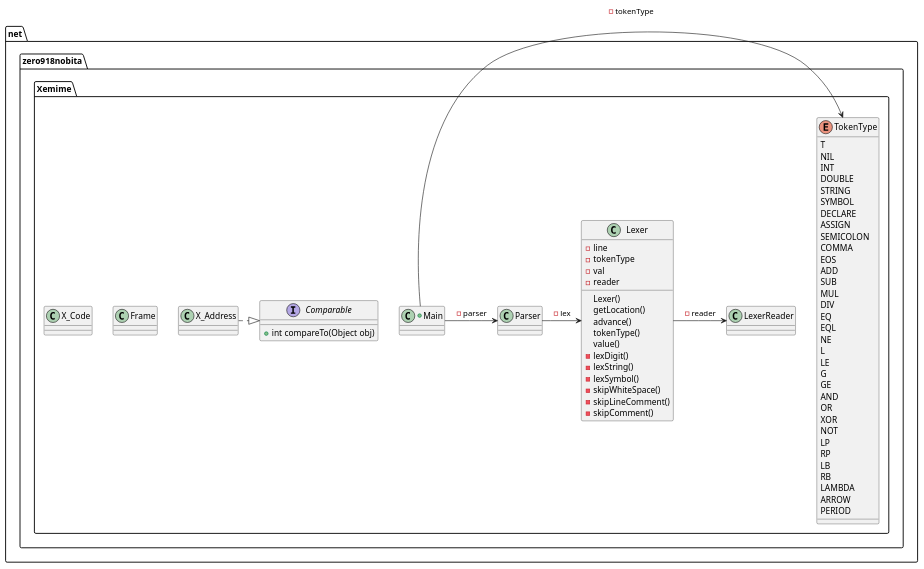
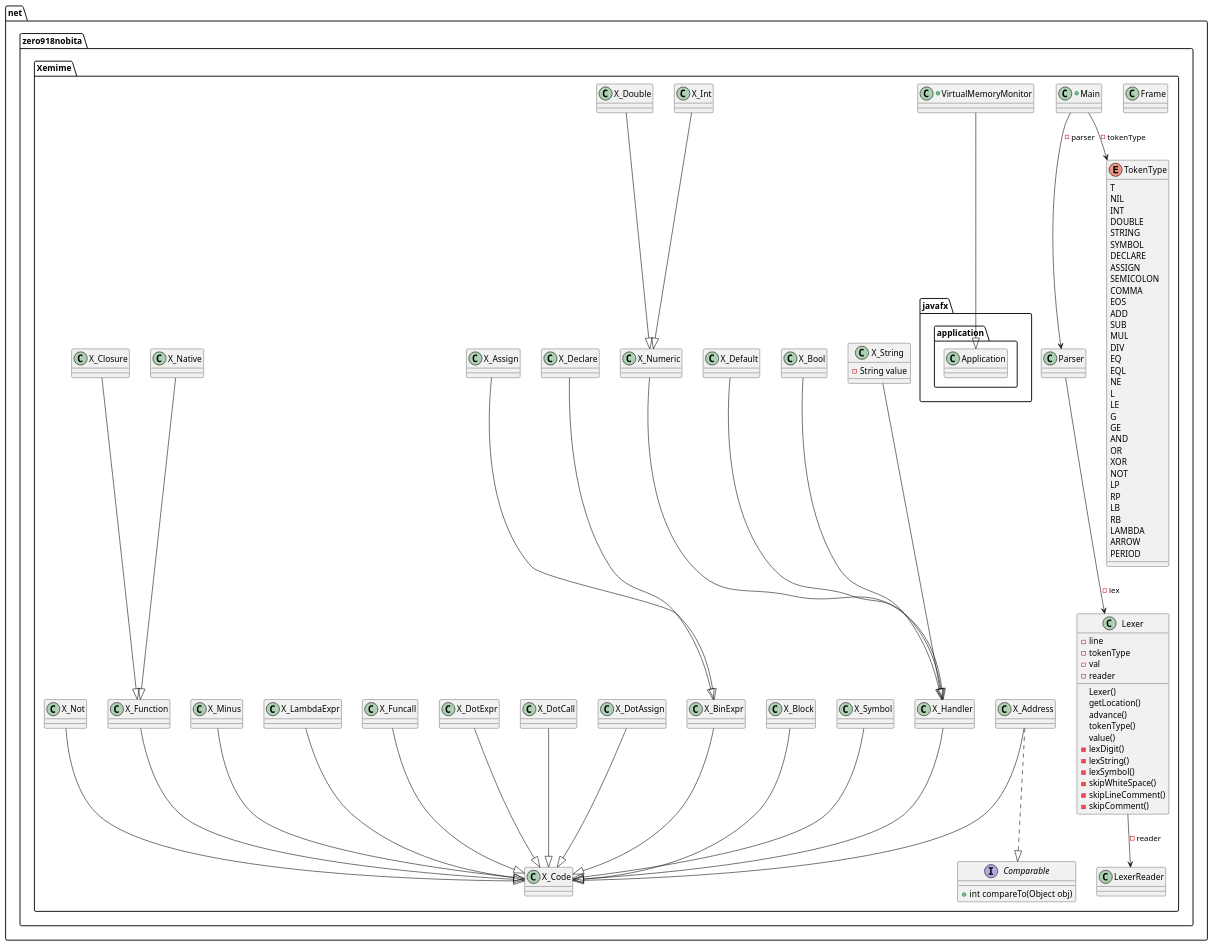
Before and after one commit to xemime-lang/xemime: the diagram in docs/xemime.puml, drawn with PlantUML.

Commit message:
Update class diagram

```diff
--- a/docs/xemime.puml
+++ b/docs/xemime.puml
@@ -23,7 +23,7 @@
         -skipComment()
     }
 
-    Lexer -> LexerReader : -reader
+    Lexer --> LexerReader : -reader
 
     class LexerReader {
     }
@@ -31,13 +31,13 @@
     +class Main {
     }
 
-    Main -> TokenType : -tokenType
-    Main -> Parser : -parser
+    Main --> TokenType : -tokenType
+    Main --> Parser : -parser
 
     class Parser {
     }
 
-    Parser -> Lexer : -lex
+    Parser --> Lexer : -lex
 
     enum TokenType {
         T
@@ -75,13 +75,130 @@
         PERIOD
     }
 
-    class X_Code {
+    +class VirtualMemoryMonitor {
     }
+
+    VirtualMemoryMonitor --|> javafx.application.Application
 
     class X_Address {
     }
 
-    X_Address .|> Comparable
+    X_Address --|> X_Code
+    X_Address ..|> Comparable
+
+    class X_Assign {
+    }
+
+    X_Assign --|> X_BinExpr
+
+    class X_BinExpr {
+    }
+
+    X_BinExpr --|> X_Code
+
+    class X_Block {
+    }
+
+    X_Block --|> X_Code
+
+    class X_Bool {
+    }
+
+    X_Bool --|> X_Handler
+
+    class X_Closure {
+    }
+
+    X_Closure --|> X_Function
+
+    class X_Code {
+    }
+
+    class X_Declare {
+    }
+
+    X_Declare --|> X_BinExpr
+
+    class X_Default {
+    }
+
+    X_Default --|> X_Handler
+
+    class X_DotAssign {
+    }
+
+    X_DotAssign --|> X_Code
+
+    class X_DotCall {
+    }
+
+    X_DotCall --|> X_Code
+
+    class X_DotExpr {
+    }
+
+    X_DotExpr --|> X_Code
+
+    class X_Double {
+    }
+
+    X_Double --|> X_Numeric
+
+    class X_Funcall {
+    }
+
+    X_Funcall --|> X_Code
+
+    class X_Function {
+    }
+
+    X_Function --|> X_Code
+
+    class X_Handler {
+    }
+
+    X_Handler --|> X_Code
+
+    class X_Int {
+    }
+
+    X_Int --|> X_Numeric
+
+    class X_LambdaExpr {
+    }
+
+    X_LambdaExpr --|> X_Code
+
+    class X_Minus {
+    }
+
+    X_Minus --|> X_Code
+
+    class X_Native {
+    }
+
+    X_Native --|> X_Function
+
+    class X_Not {
+    }
+
+    X_Not --|> X_Code
+
+    class X_Numeric {
+    }
+
+    X_Numeric --|> X_Handler
+
+    class X_String {
+        -String value
+    }
+
+    X_String --|> X_Handler
+
+    class X_Symbol {
+    }
+
+    X_Symbol --|> X_Code
 
     interface Comparable {
         +int compareTo(Object obj)
```
